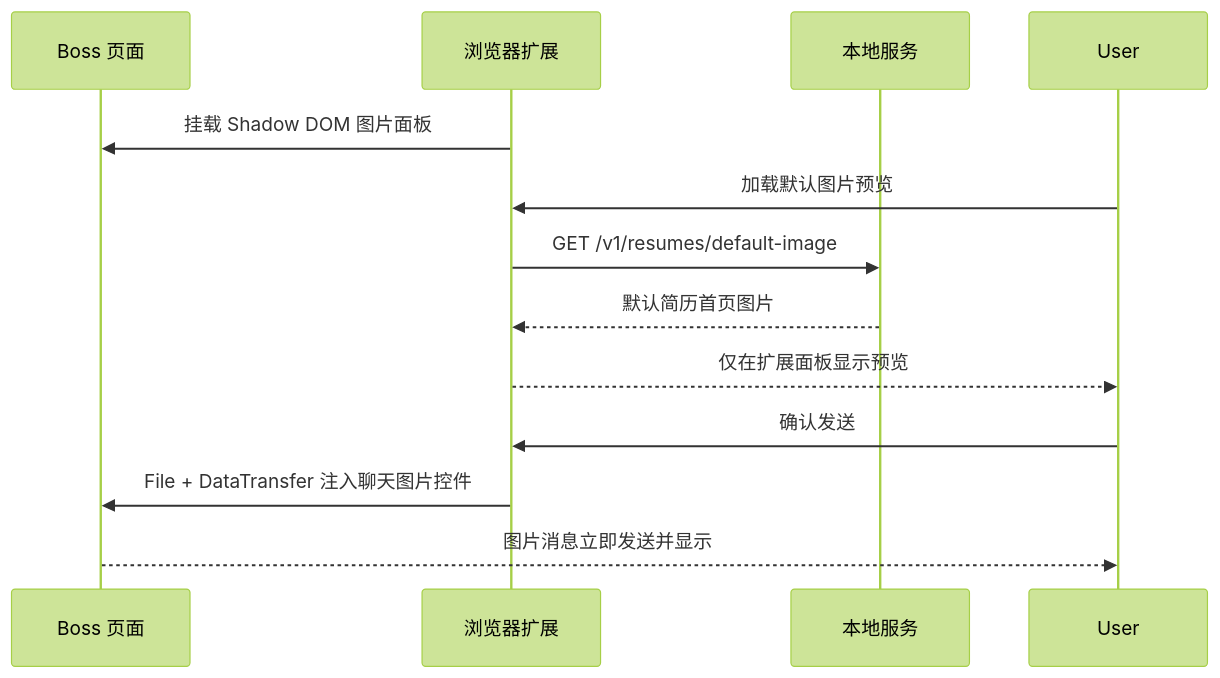
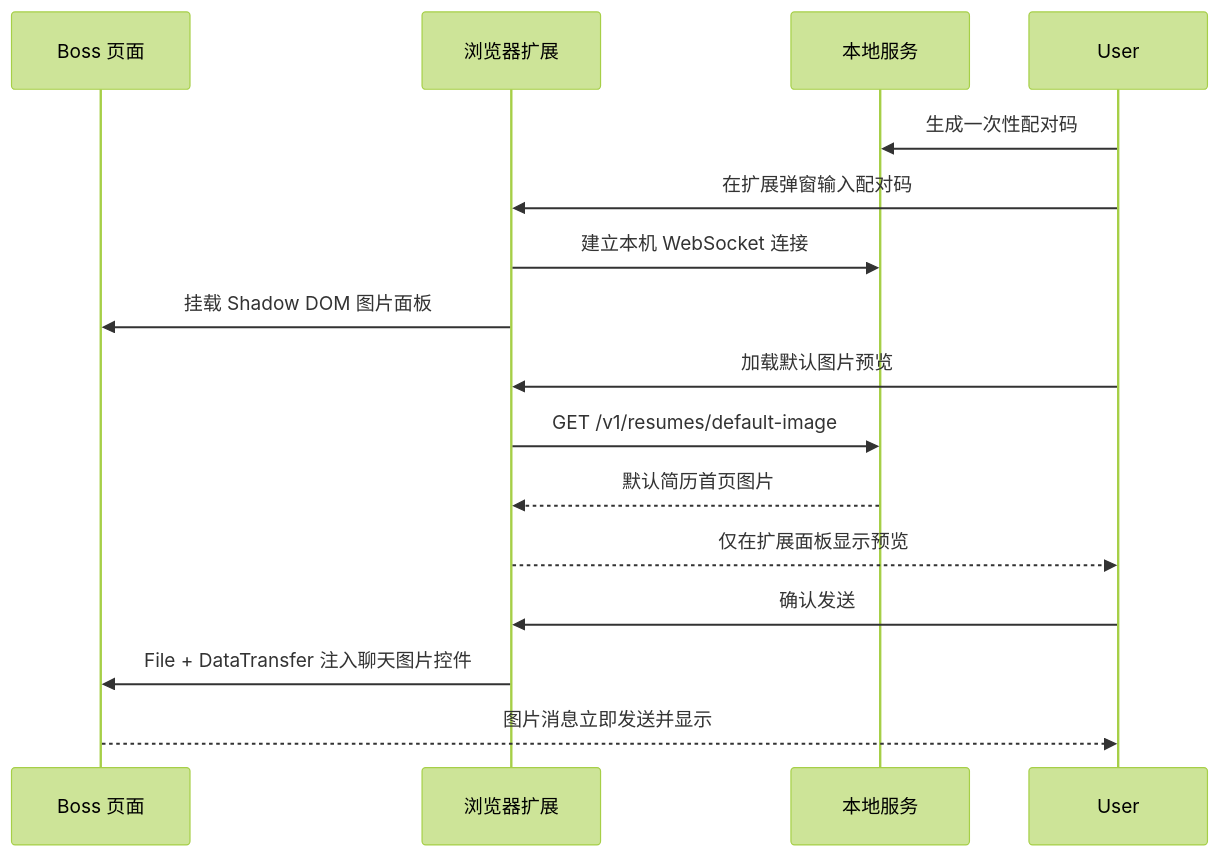
One commit to a764506248/Job-Search-Assistant changed the second of 5 diagrams in docs/ARCHITECTURE.md. Above: the diagram before and after it, drawn with Mermaid (forest theme). The commit also changed other lines of this file and 93 other files, not shown here.

````diff
--- a/docs/ARCHITECTURE.md
+++ b/docs/ARCHITECTURE.md
@@ -117,15 +113,18 @@
 ```mermaid
 sequenceDiagram
     participant Page as Boss 页面
     participant Ext as 浏览器扩展
     participant Local as 本地服务
 
+    User->>Local: 生成一次性配对码
+    User->>Ext: 在扩展弹窗输入配对码
+    Ext->>Local: 建立本机 WebSocket 连接
     Ext->>Page: 挂载 Shadow DOM 图片面板
     User->>Ext: 加载默认图片预览
     Ext->>Local: GET /v1/resumes/default-image
     Local-->>Ext: 默认简历首页图片
     Ext-->>User: 仅在扩展面板显示预览
     User->>Ext: 确认发送
     Ext->>Page: File + DataTransfer 注入聊天图片控件
     Page-->>User: 图片消息立即发送并显示
 ```
````
